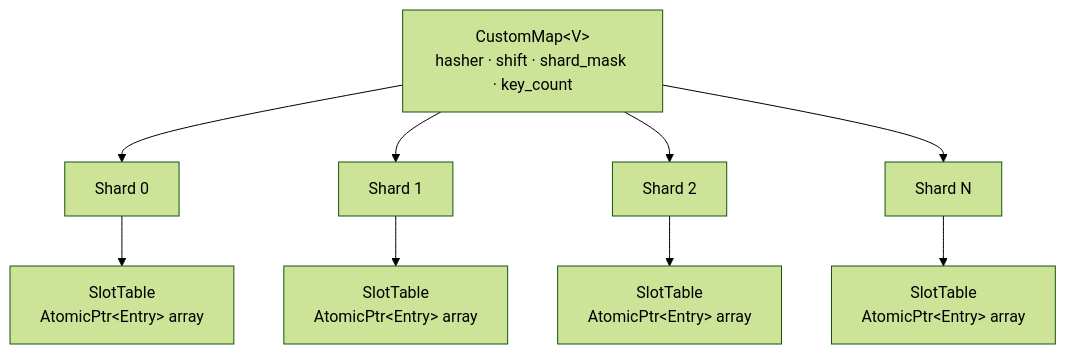
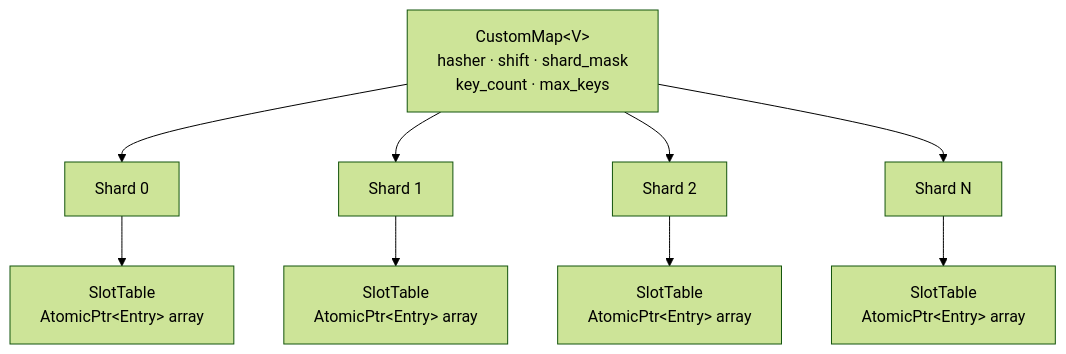
One commit to Rana718/portfolio changed the first of 16 diagrams in src/content/blogs/custom-concurrent-hashmap-rust.mdx. Above: the diagram before and after it, drawn with Mermaid (forest theme). The commit also changed other lines of this file, not shown here.

````diff
--- a/src/content/blogs/custom-concurrent-hashmap-rust.mdx
+++ b/src/content/blogs/custom-concurrent-hashmap-rust.mdx
@@ -46,12 +48,12 @@
 ```mermaid
 flowchart TB
-    M["CustomMap&lt;V&gt;<br/>hasher · shift · shard_mask · key_count"]
+    M["CustomMap&lt;V&gt;<br/>hasher · shift · shard_mask<br/>key_count · max_keys"]
     M --> S0["Shard 0"]
     M --> S1["Shard 1"]
     M --> S2["Shard 2"]
     M --> SN["Shard N"]
     S0 --> T0["SlotTable<br/>AtomicPtr&lt;Entry&gt; array"]
     S1 --> T1["SlotTable<br/>AtomicPtr&lt;Entry&gt; array"]
     S2 --> T2["SlotTable<br/>AtomicPtr&lt;Entry&gt; array"]
     SN --> TN["SlotTable<br/>AtomicPtr&lt;Entry&gt; array"]
 ```
````
